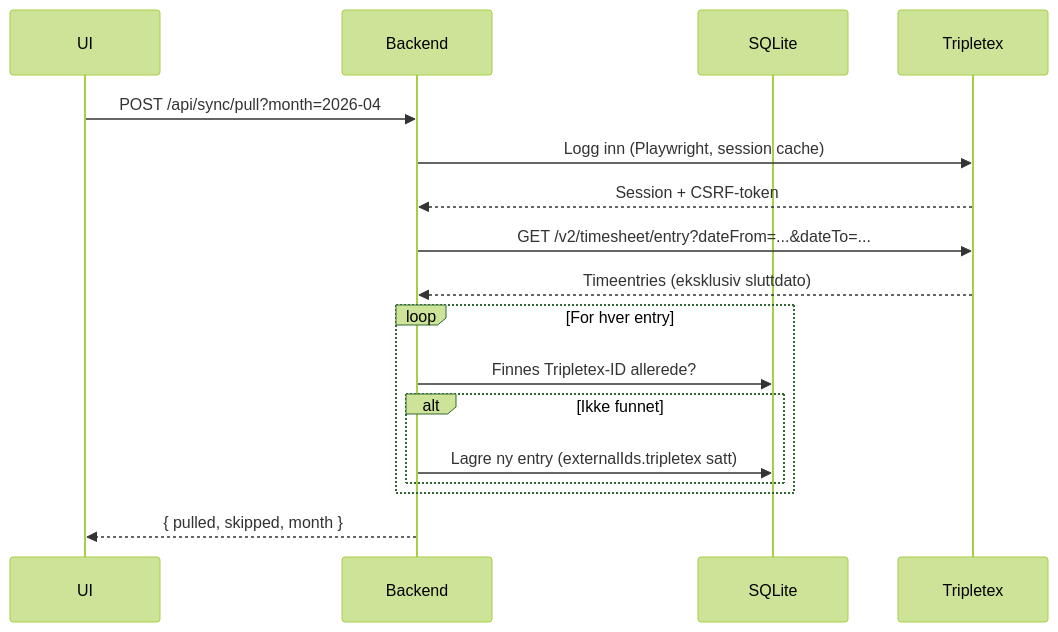
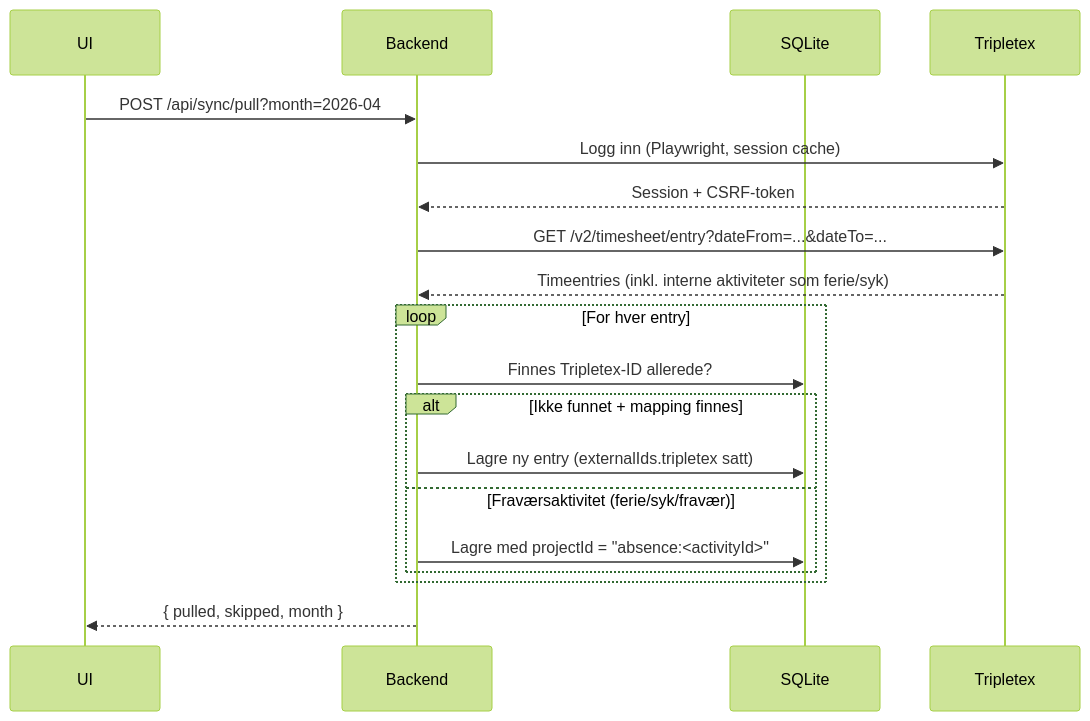
The first of 2 diagrams in README.md (dan1el/timesynk), drawn with Mermaid (forest theme) before and after one commit. The commit also changed other lines of this file and 6 other files, not shown here.

````diff
--- a/README.md
+++ b/README.md
@@ -31,20 +108,22 @@
 ```mermaid
 sequenceDiagram
     participant UI
     participant Backend
     participant DB as SQLite
     participant TTX as Tripletex
 
     UI->>Backend: POST /api/sync/pull?month=2026-04
     Backend->>TTX: Logg inn (Playwright, session cache)
     TTX-->>Backend: Session + CSRF-token
     Backend->>TTX: GET /v2/timesheet/entry?dateFrom=...&dateTo=...
-    TTX-->>Backend: Timeentries (eksklusiv sluttdato)
+    TTX-->>Backend: Timeentries (inkl. interne aktiviteter som ferie/syk)
     loop For hver entry
         Backend->>DB: Finnes Tripletex-ID allerede?
-        alt Ikke funnet
+        alt Ikke funnet + mapping finnes
             Backend->>DB: Lagre ny entry (externalIds.tripletex satt)
+        else Fraværsaktivitet (ferie/syk/fravær)
+            Backend->>DB: Lagre med projectId = "absence:<activityId>"
         end
     end
     Backend-->>UI: { pulled, skipped, month }
 ```
````
